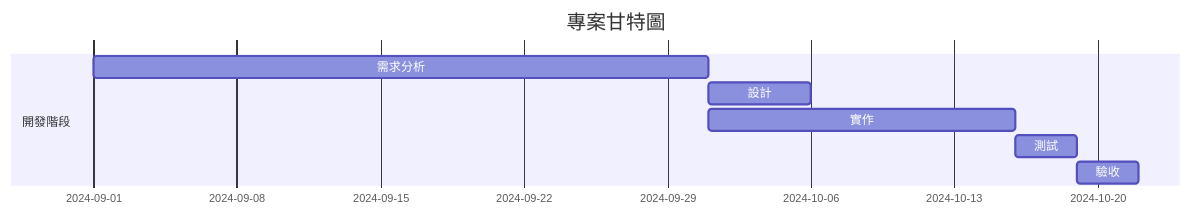
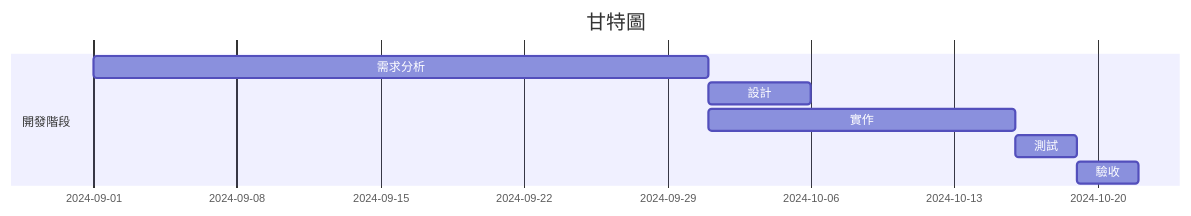
Before and after one commit to gino2066/-: the first of 3 diagrams in README.md, drawn with Mermaid.

````diff
--- a/README.md
+++ b/README.md
@@ -14,12 +14,12 @@
 ```mermaid
 gantt
-    title 專案甘特圖
+    title 甘特圖
     dateFormat  YYYY-MM-DD
     section 開發階段
     需求分析      :a1, 2024-09-01, 30d
     設計          :after a1, 5d
     實作          :after a1, 15d
     測試          :after a3, 2024-10-16, 3d  
     驗收          :after a4, 2024-10-19, 3d  
 
 ```
````
